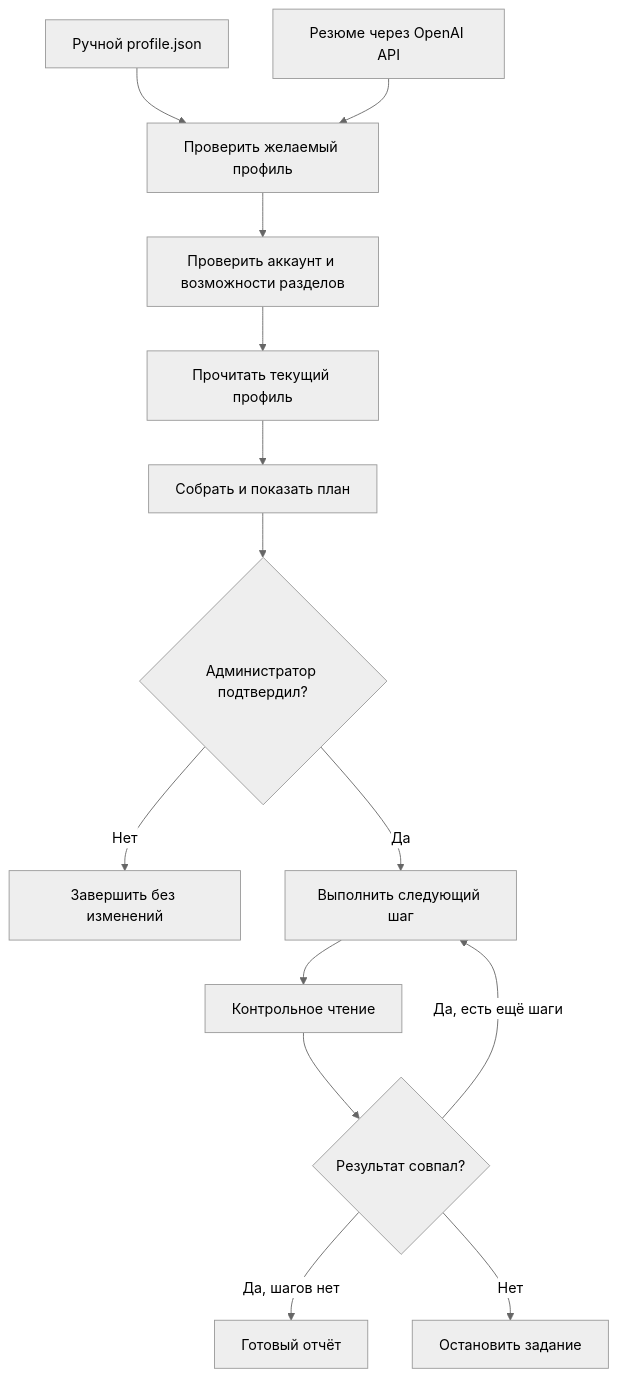
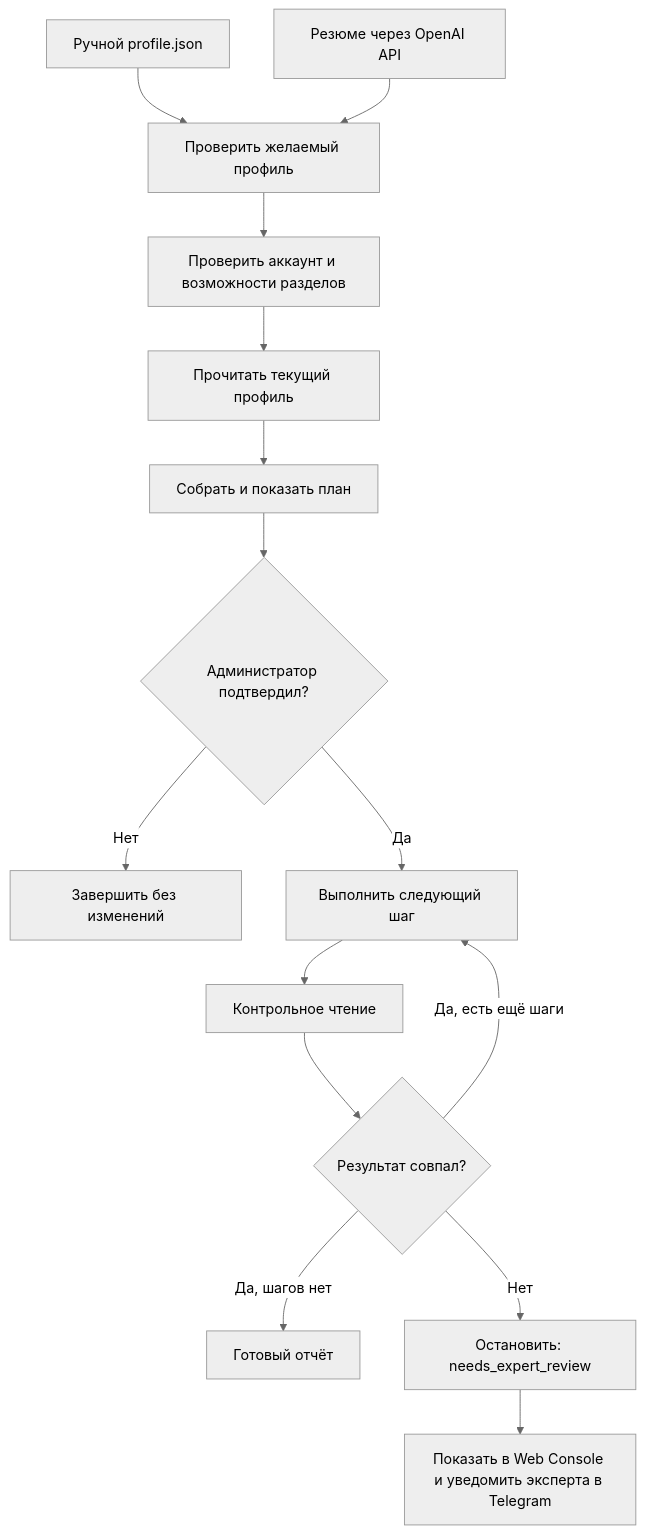
Before and after one commit to Kira2K/unicorn-autoresponder: the diagram in src/features/linkedin-automation/profile-filler/docs/QUEUE_FLOW.md, drawn with Mermaid (neutral theme). The commit also changed other lines of this file and 3 other files, not shown here.

Commit message:
docs(linkedin): address architecture review feedback

````diff
--- a/src/features/linkedin-automation/profile-filler/docs/QUEUE_FLOW.md
+++ b/src/features/linkedin-automation/profile-filler/docs/QUEUE_FLOW.md
@@ -3,16 +3,17 @@
 ```mermaid
 flowchart TD
     A["Ручной profile.json"] --> V["Проверить желаемый профиль"]
     R["Резюме через OpenAI API"] --> V
     V --> C["Проверить аккаунт и возможности разделов"]
     C --> G["Прочитать текущий профиль"]
     G --> P["Собрать и показать план"]
     P --> Q{"Администратор подтвердил?"}
     Q -->|Нет| X["Завершить без изменений"]
     Q -->|Да| W["Выполнить следующий шаг"]
     W --> B["Контрольное чтение"]
     B --> M{"Результат совпал?"}
     M -->|Да, есть ещё шаги| W
     M -->|Да, шагов нет| O["Готовый отчёт"]
-    M -->|Нет| F["Остановить задание"]
+    M -->|Нет| F["Остановить: needs_expert_review"]
+    F --> N["Показать в Web Console и уведомить эксперта в Telegram"]
 ```
````
